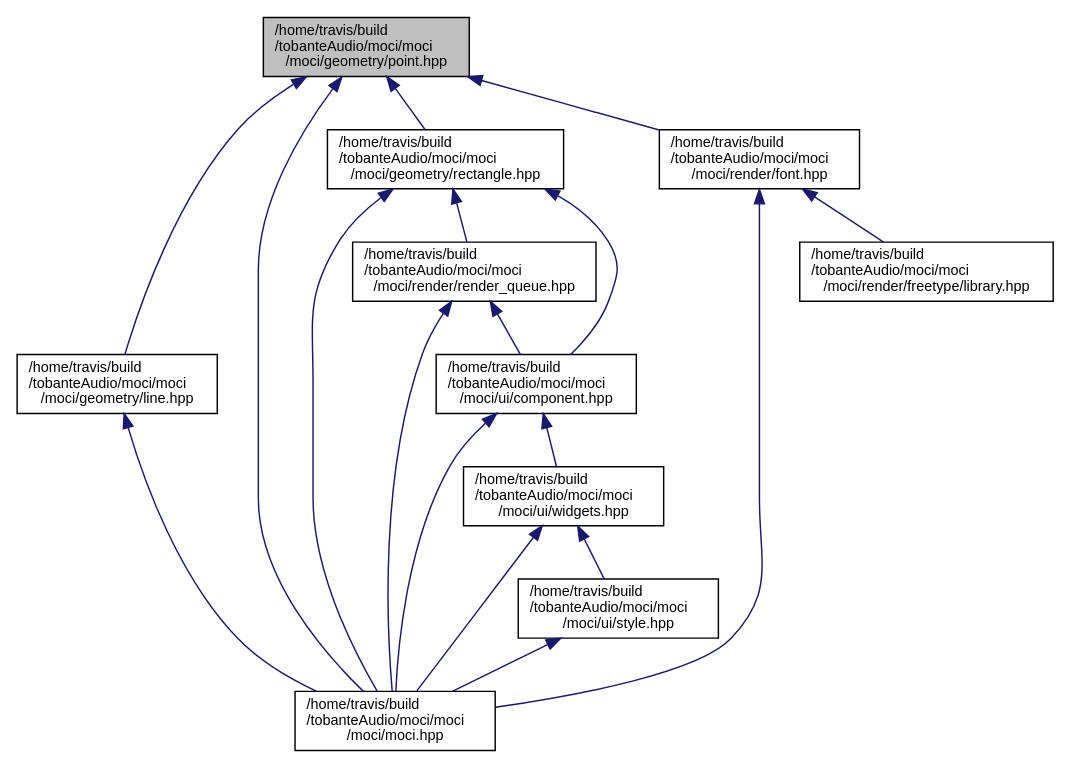
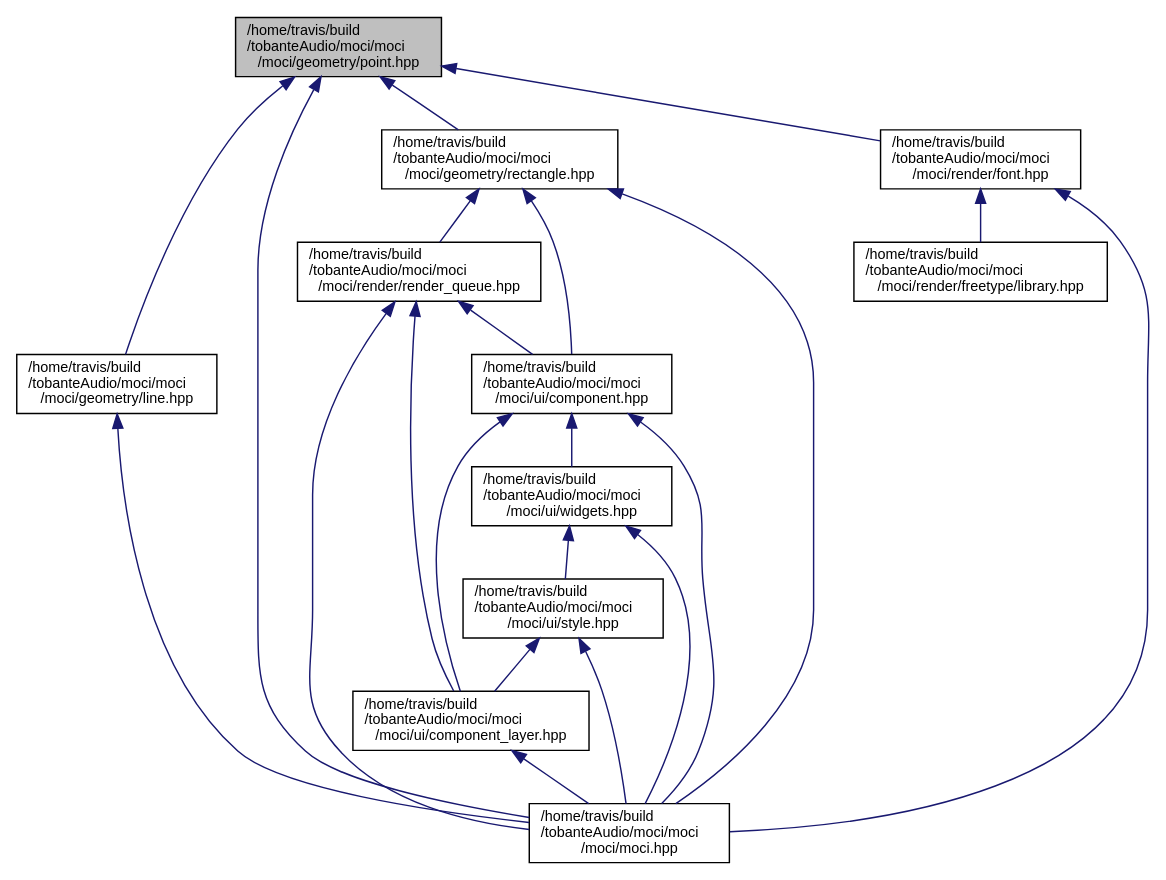
Before and after one commit to tobanteAudio/moci: the diagram in point_8hpp__dep__incl.dot, drawn with Graphviz. The commit also changed 93 other files, not shown here.

Commit message:
Deploy tobanteAudio/moci to github.com/tobanteAudio/moci.git:gh-pages

```diff
--- a/point_8hpp__dep__incl.dot
+++ b/point_8hpp__dep__incl.dot
@@ -1,32 +1,37 @@
 digraph "/home/travis/build/tobanteAudio/moci/moci/moci/geometry/point.hpp"
 {
   edge [fontname="Helvetica",fontsize="10",labelfontname="Helvetica",labelfontsize="10"];
   node [fontname="Helvetica",fontsize="10",shape=record];
   Node1 [label="/home/travis/build\l/tobanteAudio/moci/moci\l/moci/geometry/point.hpp",height=0.2,width=0.4,color="black", fillcolor="grey75", style="filled", fontcolor="black"];
   Node1 -> Node2 [dir="back",color="midnightblue",fontsize="10",style="solid",fontname="Helvetica"];
   Node2 [label="/home/travis/build\l/tobanteAudio/moci/moci\l/moci/geometry/line.hpp",height=0.2,width=0.4,color="black", fillcolor="white", style="filled",URL="$line_8hpp.html"];
   Node2 -> Node3 [dir="back",color="midnightblue",fontsize="10",style="solid",fontname="Helvetica"];
   Node3 [label="/home/travis/build\l/tobanteAudio/moci/moci\l/moci/moci.hpp",height=0.2,width=0.4,color="black", fillcolor="white", style="filled",URL="$moci_8hpp.html"];
   Node1 -> Node4 [dir="back",color="midnightblue",fontsize="10",style="solid",fontname="Helvetica"];
   Node4 [label="/home/travis/build\l/tobanteAudio/moci/moci\l/moci/geometry/rectangle.hpp",height=0.2,width=0.4,color="black", fillcolor="white", style="filled",URL="$rectangle_8hpp.html"];
   Node4 -> Node3 [dir="back",color="midnightblue",fontsize="10",style="solid",fontname="Helvetica"];
   Node4 -> Node5 [dir="back",color="midnightblue",fontsize="10",style="solid",fontname="Helvetica"];
   Node5 [label="/home/travis/build\l/tobanteAudio/moci/moci\l/moci/render/render_queue.hpp",height=0.2,width=0.4,color="black", fillcolor="white", style="filled",URL="$render__queue_8hpp.html"];
   Node5 -> Node3 [dir="back",color="midnightblue",fontsize="10",style="solid",fontname="Helvetica"];
   Node5 -> Node6 [dir="back",color="midnightblue",fontsize="10",style="solid",fontname="Helvetica"];
   Node6 [label="/home/travis/build\l/tobanteAudio/moci/moci\l/moci/ui/component.hpp",height=0.2,width=0.4,color="black", fillcolor="white", style="filled",URL="$component_8hpp.html"];
   Node6 -> Node3 [dir="back",color="midnightblue",fontsize="10",style="solid",fontname="Helvetica"];
   Node6 -> Node7 [dir="back",color="midnightblue",fontsize="10",style="solid",fontname="Helvetica"];
-  Node7 [label="/home/travis/build\l/tobanteAudio/moci/moci\l/moci/ui/widgets.hpp",height=0.2,width=0.4,color="black", fillcolor="white", style="filled",URL="$widgets_8hpp.html"];
+  Node7 [label="/home/travis/build\l/tobanteAudio/moci/moci\l/moci/ui/component_layer.hpp",height=0.2,width=0.4,color="black", fillcolor="white", style="filled",URL="$component__layer_8hpp.html"];
   Node7 -> Node3 [dir="back",color="midnightblue",fontsize="10",style="solid",fontname="Helvetica"];
-  Node7 -> Node8 [dir="back",color="midnightblue",fontsize="10",style="solid",fontname="Helvetica"];
-  Node8 [label="/home/travis/build\l/tobanteAudio/moci/moci\l/moci/ui/style.hpp",height=0.2,width=0.4,color="black", fillcolor="white", style="filled",URL="$style_8hpp.html"];
+  Node6 -> Node8 [dir="back",color="midnightblue",fontsize="10",style="solid",fontname="Helvetica"];
+  Node8 [label="/home/travis/build\l/tobanteAudio/moci/moci\l/moci/ui/widgets.hpp",height=0.2,width=0.4,color="black", fillcolor="white", style="filled",URL="$widgets_8hpp.html"];
   Node8 -> Node3 [dir="back",color="midnightblue",fontsize="10",style="solid",fontname="Helvetica"];
+  Node8 -> Node9 [dir="back",color="midnightblue",fontsize="10",style="solid",fontname="Helvetica"];
+  Node9 [label="/home/travis/build\l/tobanteAudio/moci/moci\l/moci/ui/style.hpp",height=0.2,width=0.4,color="black", fillcolor="white", style="filled",URL="$style_8hpp.html"];
+  Node9 -> Node3 [dir="back",color="midnightblue",fontsize="10",style="solid",fontname="Helvetica"];
+  Node9 -> Node7 [dir="back",color="midnightblue",fontsize="10",style="solid",fontname="Helvetica"];
+  Node5 -> Node7 [dir="back",color="midnightblue",fontsize="10",style="solid",fontname="Helvetica"];
   Node4 -> Node6 [dir="back",color="midnightblue",fontsize="10",style="solid",fontname="Helvetica"];
   Node1 -> Node3 [dir="back",color="midnightblue",fontsize="10",style="solid",fontname="Helvetica"];
-  Node1 -> Node9 [dir="back",color="midnightblue",fontsize="10",style="solid",fontname="Helvetica"];
-  Node9 [label="/home/travis/build\l/tobanteAudio/moci/moci\l/moci/render/font.hpp",height=0.2,width=0.4,color="black", fillcolor="white", style="filled",URL="$font_8hpp.html"];
-  Node9 -> Node3 [dir="back",color="midnightblue",fontsize="10",style="solid",fontname="Helvetica"];
-  Node9 -> Node10 [dir="back",color="midnightblue",fontsize="10",style="solid",fontname="Helvetica"];
-  Node10 [label="/home/travis/build\l/tobanteAudio/moci/moci\l/moci/render/freetype/library.hpp",height=0.2,width=0.4,color="black", fillcolor="white", style="filled",URL="$library_8hpp.html"];
+  Node1 -> Node10 [dir="back",color="midnightblue",fontsize="10",style="solid",fontname="Helvetica"];
+  Node10 [label="/home/travis/build\l/tobanteAudio/moci/moci\l/moci/render/font.hpp",height=0.2,width=0.4,color="black", fillcolor="white", style="filled",URL="$font_8hpp.html"];
+  Node10 -> Node3 [dir="back",color="midnightblue",fontsize="10",style="solid",fontname="Helvetica"];
+  Node10 -> Node11 [dir="back",color="midnightblue",fontsize="10",style="solid",fontname="Helvetica"];
+  Node11 [label="/home/travis/build\l/tobanteAudio/moci/moci\l/moci/render/freetype/library.hpp",height=0.2,width=0.4,color="black", fillcolor="white", style="filled",URL="$library_8hpp.html"];
 }
```
